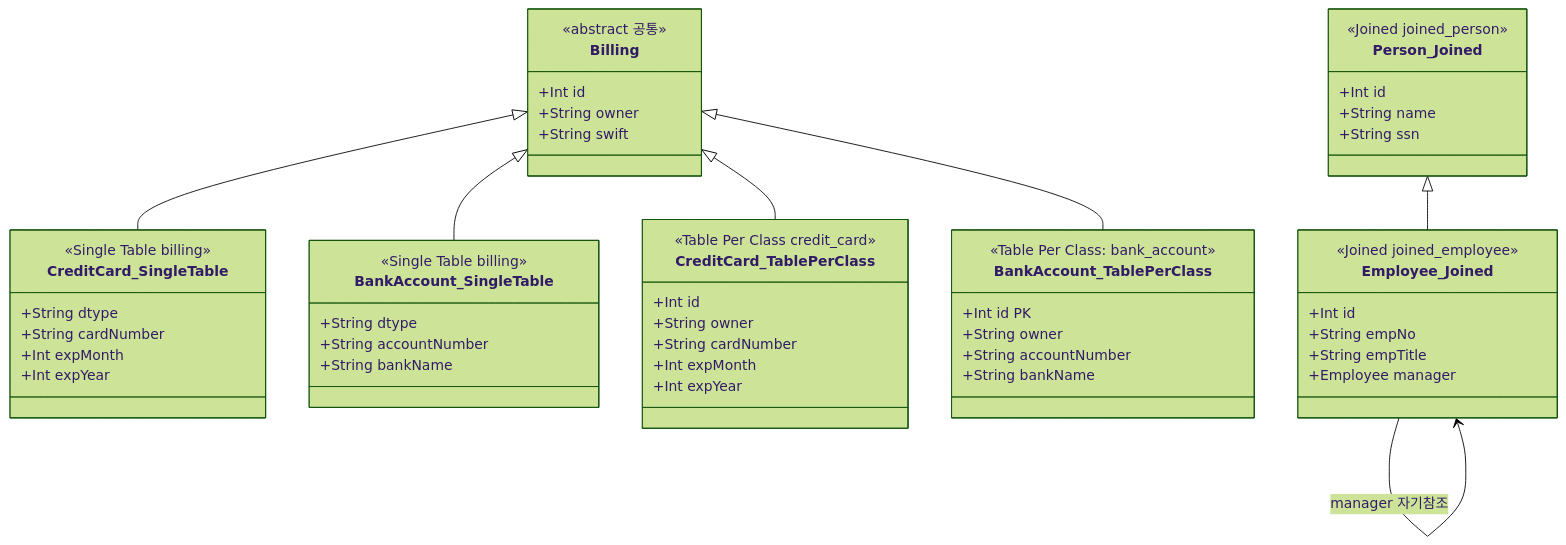
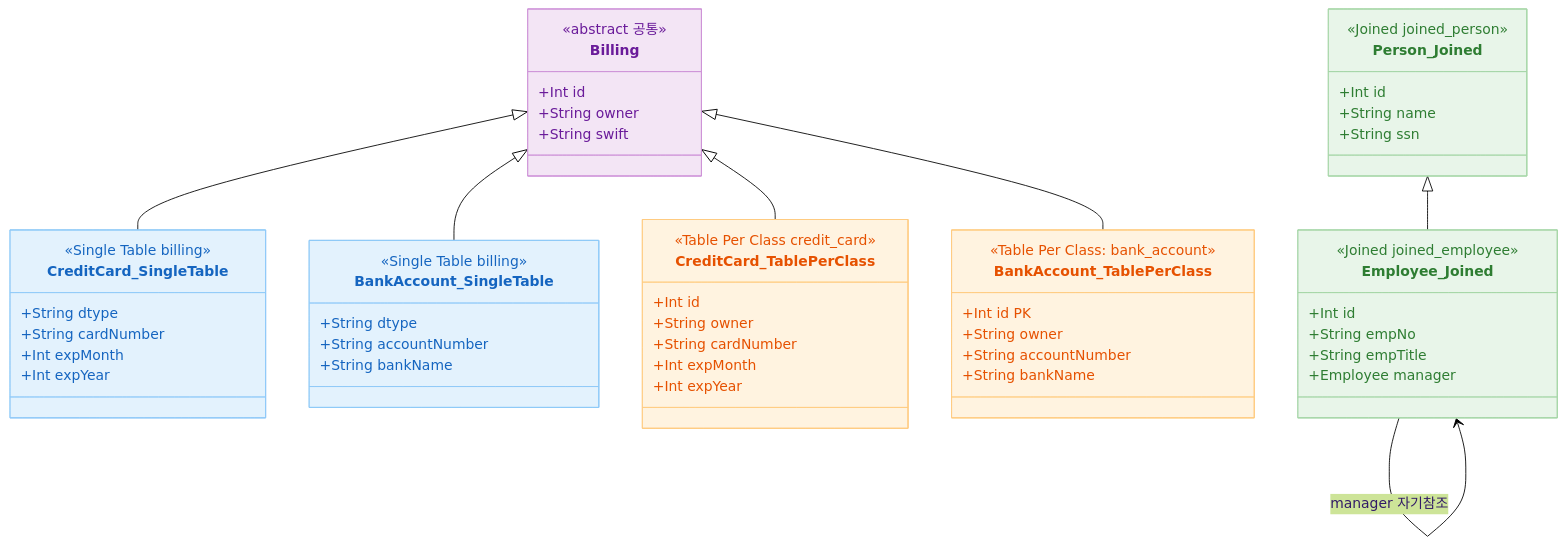
Before and after one commit to bluetape4k/exposed-workshop: the seventh of 7 diagrams in 07-jpa/02-convert-jpa-advanced/README.md, drawn with Mermaid (forest theme). The commit also changed other lines of this file and 56 other files, not shown here.

First line of the commit message:
docs: 전체 README mermaid 다이어그램에 파스텔 톤 색상 적용

````diff
--- a/07-jpa/02-convert-jpa-advanced/README.md
+++ b/07-jpa/02-convert-jpa-advanced/README.md
@@ -214,58 +226,66 @@
 ```mermaid
 classDiagram
     direction TD
     class Billing {
         <<abstract 공통>>
         +Int id
         +String owner
         +String swift
     }
     class CreditCard_SingleTable {
         <<Single Table billing>>
         +String dtype
         +String cardNumber
         +Int expMonth
         +Int expYear
     }
     class BankAccount_SingleTable {
         <<Single Table billing>>
         +String dtype
         +String accountNumber
         +String bankName
     }
     class Person_Joined {
         <<Joined joined_person>>
         +Int id
         +String name
         +String ssn
     }
     class Employee_Joined {
         <<Joined joined_employee>>
         +Int id
         +String empNo
         +String empTitle
         +Employee manager
     }
     class CreditCard_TablePerClass {
         <<Table Per Class credit_card>>
         +Int id
         +String owner
         +String cardNumber
         +Int expMonth
         +Int expYear
     }
     class BankAccount_TablePerClass {
         <<Table Per Class: bank_account>>
         +Int id PK
         +String owner
         +String accountNumber
         +String bankName
     }
 
     Billing <|-- CreditCard_SingleTable
     Billing <|-- BankAccount_SingleTable
     Person_Joined <|-- Employee_Joined
     Employee_Joined --> Employee_Joined : manager 자기참조
     Billing <|-- CreditCard_TablePerClass
     Billing <|-- BankAccount_TablePerClass
+
+    style Billing fill:#F3E5F5,stroke:#CE93D8,color:#6A1B9A
+    style CreditCard_SingleTable fill:#E3F2FD,stroke:#90CAF9,color:#1565C0
+    style BankAccount_SingleTable fill:#E3F2FD,stroke:#90CAF9,color:#1565C0
+    style Person_Joined fill:#E8F5E9,stroke:#A5D6A7,color:#2E7D32
+    style Employee_Joined fill:#E8F5E9,stroke:#A5D6A7,color:#2E7D32
+    style CreditCard_TablePerClass fill:#FFF3E0,stroke:#FFCC80,color:#E65100
+    style BankAccount_TablePerClass fill:#FFF3E0,stroke:#FFCC80,color:#E65100
 ```
````
